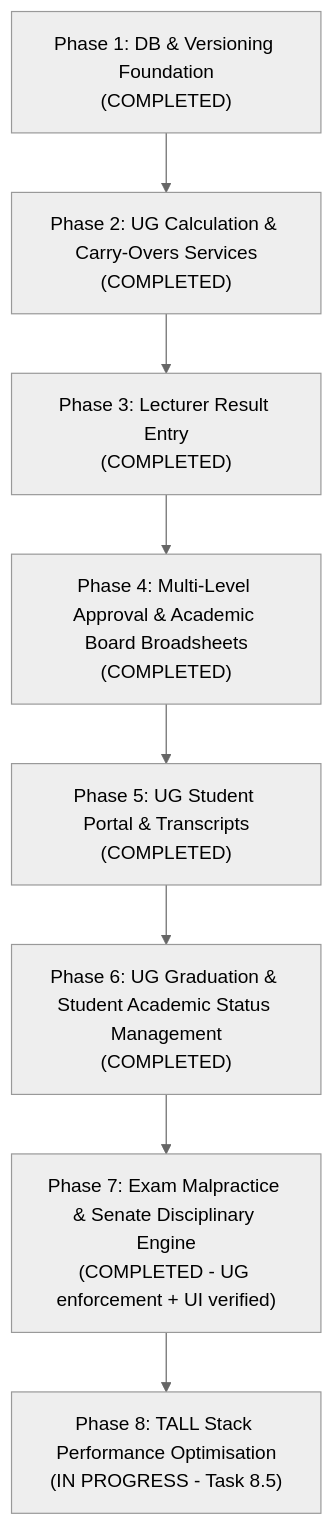
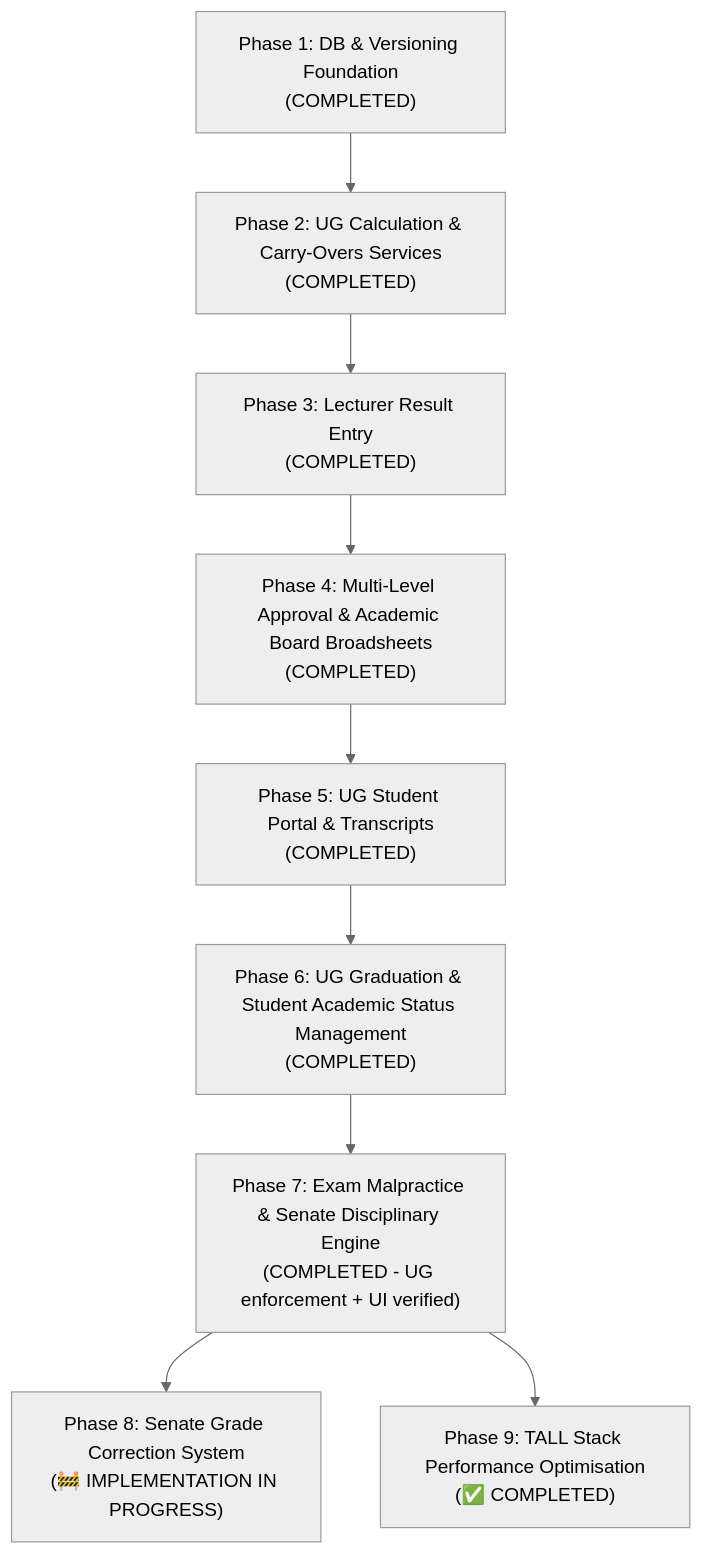
One commit to bashyauri/admission changed the diagram in result_processing_agent_phases.md. Above: the diagram before and after it, drawn with Mermaid (neutral theme). The commit also changed other lines of this file and 24 other files, not shown here.

First line of the commit message:
feat: Implement Senate Grade Correction System

````diff
--- a/result_processing_agent_phases.md
+++ b/result_processing_agent_phases.md
@@ -25,10 +25,11 @@
 ```mermaid
 graph TD
     P1["Phase 1: DB & Versioning Foundation<br/>(COMPLETED)"] --> P2["Phase 2: UG Calculation & Carry-Overs Services<br/>(COMPLETED)"]
     P2 --> P3["Phase 3: Lecturer Result Entry<br/>(COMPLETED)"]
     P3 --> P4["Phase 4: Multi-Level Approval & Academic Board Broadsheets<br/>(COMPLETED)"]
     P4 --> P5["Phase 5: UG Student Portal & Transcripts<br/>(COMPLETED)"]
     P5 --> P6["Phase 6: UG Graduation & Student Academic Status Management<br/>(COMPLETED)"]
     P6 --> P7["Phase 7: Exam Malpractice & Senate Disciplinary Engine<br/>(COMPLETED - UG enforcement + UI verified)"]
-    P7 --> P8["Phase 8: TALL Stack Performance Optimisation<br/>(IN PROGRESS - Task 8.5)"]
+    P7 --> P8["Phase 8: Senate Grade Correction System<br/>(🚧 IMPLEMENTATION IN PROGRESS)"]
+    P7 --> P9["Phase 9: TALL Stack Performance Optimisation<br/>(✅ COMPLETED)"]
 ```
````
